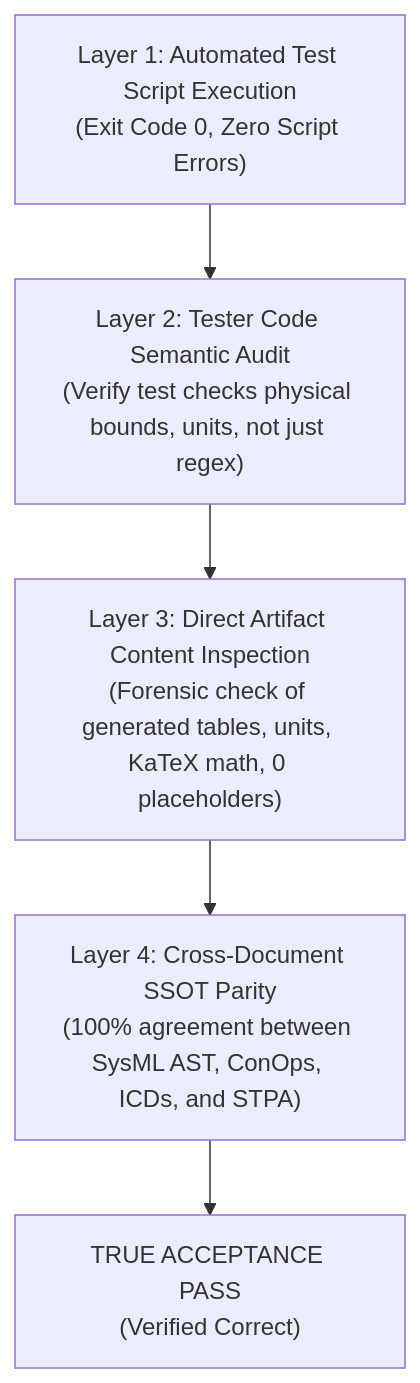
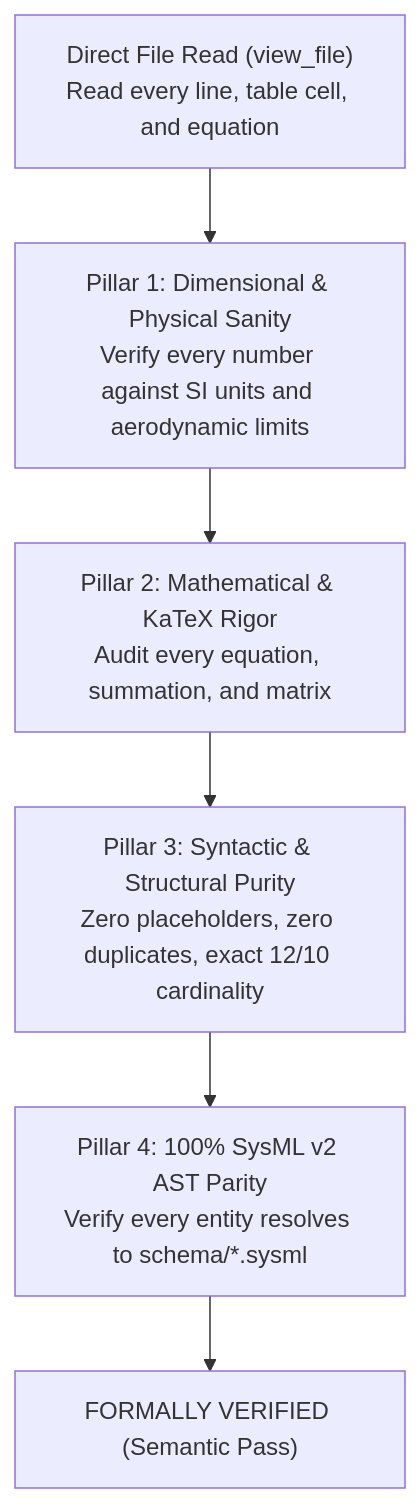
The diagram in MASTER_HANDOVER_CHECKPOINT.md (gintatkinson/DEAP01-spec-core), drawn with Mermaid before and after one commit. The commit also changed other lines of this file, not shown here.

Commit message:
docs(handover): mandate exhaustive character-by-character semantic evaluation and ban reliance on automated test scripts

````diff
--- a/MASTER_HANDOVER_CHECKPOINT.md
+++ b/MASTER_HANDOVER_CHECKPOINT.md
@@ -25,7 +29,8 @@
 ```mermaid
 flowchart TD
-    L1["Layer 1: Automated Test Script Execution<br/>(Exit Code 0, Zero Script Errors)"] --> L2["Layer 2: Tester Code Semantic Audit<br/>(Verify test checks physical bounds, units, not just regex)"]
-    L2 --> L3["Layer 3: Direct Artifact Content Inspection<br/>(Forensic check of generated tables, units, KaTeX math, 0 placeholders)"]
-    L3 --> L4["Layer 4: Cross-Document SSOT Parity<br/>(100% agreement between SysML AST, ConOps, ICDs, and STPA)"]
-    L4 --> PASS["TRUE ACCEPTANCE PASS<br/>(Verified Correct)"]
+    A["Direct File Read (view_file)<br/>Read every line, table cell, and equation"] --> B["Pillar 1: Dimensional & Physical Sanity<br/>Verify every number against SI units and aerodynamic limits"]
+    B --> C["Pillar 2: Mathematical & KaTeX Rigor<br/>Audit every equation, summation, and matrix"]
+    C --> D["Pillar 3: Syntactic & Structural Purity<br/>Zero placeholders, zero duplicates, exact 12/10 cardinality"]
+    D --> E["Pillar 4: 100% SysML v2 AST Parity<br/>Verify every entity resolves to schema/*.sysml"]
+    E --> VERIFIED["FORMALLY VERIFIED (Semantic Pass)"]
 ```
````
